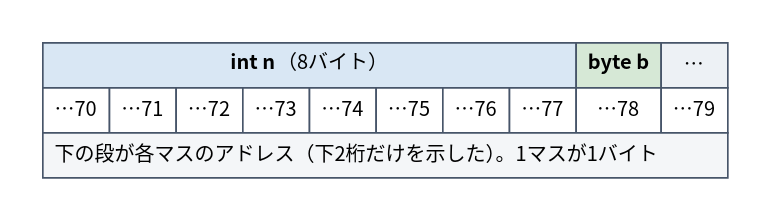
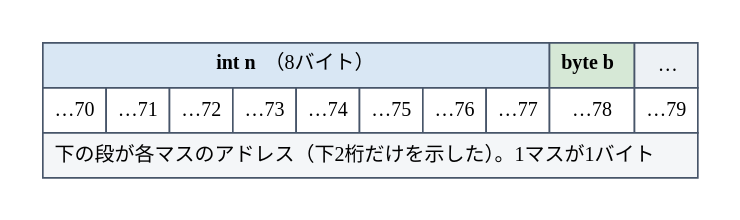
Before and after one commit to ymotongpoo/zenn.dev: the diagram in diagrams/go-ebpf-primer/20260820-memory-byte-band.dot, drawn with Graphviz. The commit also changed 109 other files, not shown here.

First line of the commit message:
change: 図のフォントをIBM Plex Sans JP / Poppins / JetBrains Monoに整理

```diff
--- a/diagrams/go-ebpf-primer/20260820-memory-byte-band.dot
+++ b/diagrams/go-ebpf-primer/20260820-memory-byte-band.dot
@@ -1,38 +1,38 @@
 // メモリは番地の付いたバイトの列
 digraph memory_byte_band {
   graph [
-    fontname="Harano Aji Gothic,Noto Sans CJK JP,IPAGothic", fontsize=13,
+    fontname="IBM Plex Sans JP", fontsize=13,
     rankdir=TB, compound=true, splines=true,
     nodesep=0.5, ranksep=0.7, pad=0.25,
     bgcolor="white", newrank=true
   ];
   node [
-    fontname="Harano Aji Gothic,Noto Sans CJK JP,IPAGothic", fontsize=12,
+    fontname="IBM Plex Sans JP", fontsize=12,
     shape=box, style="rounded,filled",
     fillcolor="#F1F5F9", color="#475569", penwidth=1.6,
     margin="0.2,0.14"
   ];
   edge [
-    fontname="Harano Aji Gothic,Noto Sans CJK JP,IPAGothic", fontsize=11,
+    fontname="IBM Plex Sans JP", fontsize=11,
     color="#334155", penwidth=1.4, arrowsize=0.9,
     fontcolor="#1E293B"
   ];
 
   band [shape=plain, style="", label=<
     <table border="0" cellborder="1" cellspacing="0" cellpadding="6" color="#475569">
       <tr>
-        <td colspan="8" align="center" bgcolor="#D9E7F4"><b>int n</b>（8バイト）</td>
-        <td align="center" bgcolor="#D6E8D6"><b>byte b</b></td>
+        <td colspan="8" align="center" bgcolor="#D9E7F4"><font face="JetBrains Mono"><b>int n</b></font>（8バイト）</td>
+        <td align="center" bgcolor="#D6E8D6"><font face="JetBrains Mono"><b>byte b</b></font></td>
         <td align="center" bgcolor="#EDF1F5">…</td>
       </tr>
       <tr>
-        <td bgcolor="#FFFFFF">…70</td><td bgcolor="#FFFFFF">…71</td><td bgcolor="#FFFFFF">…72</td>
-        <td bgcolor="#FFFFFF">…73</td><td bgcolor="#FFFFFF">…74</td><td bgcolor="#FFFFFF">…75</td>
-        <td bgcolor="#FFFFFF">…76</td><td bgcolor="#FFFFFF">…77</td><td bgcolor="#FFFFFF">…78</td>
-        <td bgcolor="#FFFFFF">…79</td>
+        <td bgcolor="#FFFFFF"><font face="JetBrains Mono">…70</font></td><td bgcolor="#FFFFFF"><font face="JetBrains Mono">…71</font></td><td bgcolor="#FFFFFF"><font face="JetBrains Mono">…72</font></td>
+        <td bgcolor="#FFFFFF"><font face="JetBrains Mono">…73</font></td><td bgcolor="#FFFFFF"><font face="JetBrains Mono">…74</font></td><td bgcolor="#FFFFFF"><font face="JetBrains Mono">…75</font></td>
+        <td bgcolor="#FFFFFF"><font face="JetBrains Mono">…76</font></td><td bgcolor="#FFFFFF"><font face="JetBrains Mono">…77</font></td><td bgcolor="#FFFFFF"><font face="JetBrains Mono">…78</font></td>
+        <td bgcolor="#FFFFFF"><font face="JetBrains Mono">…79</font></td>
       </tr>
       <tr>
         <td colspan="10" align="left" bgcolor="#F4F6F8">下の段が各マスのアドレス（下2桁だけを示した）。1マスが1バイト</td>
       </tr>
     </table>>];
 }
```
